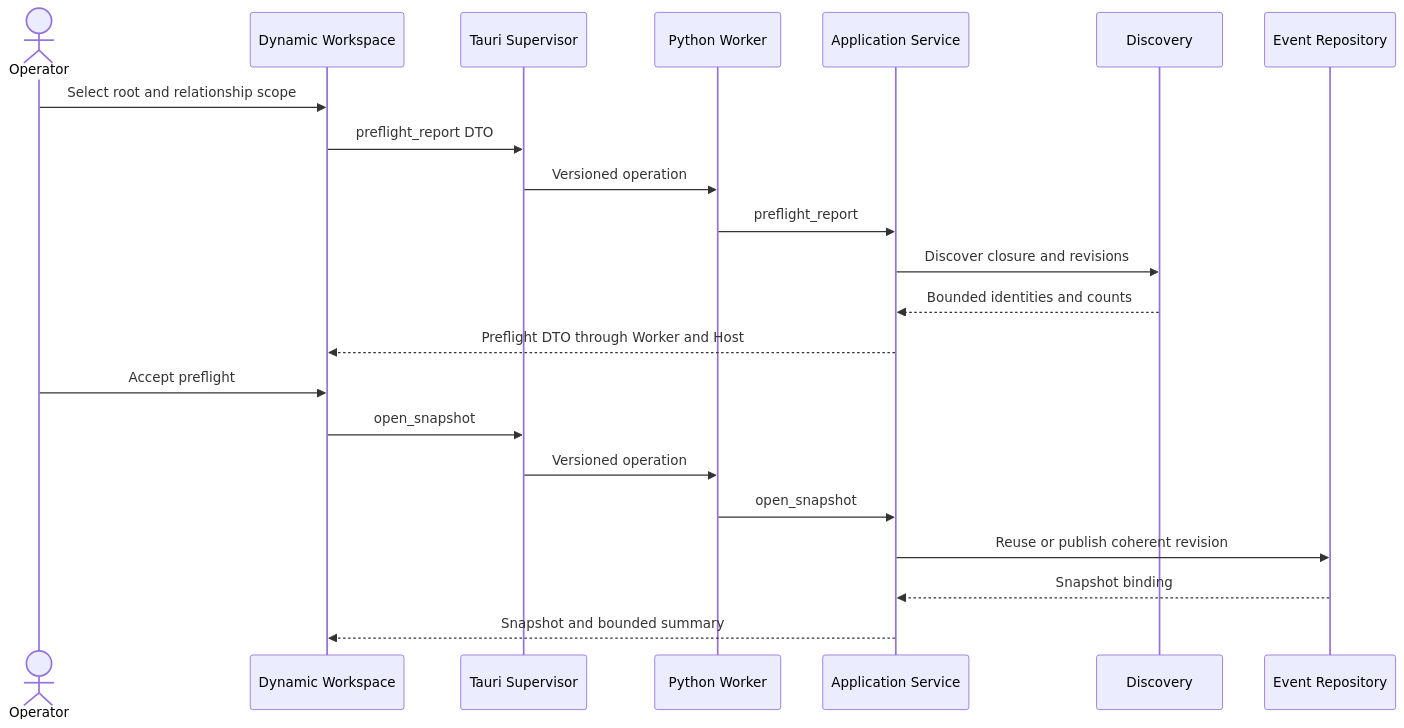
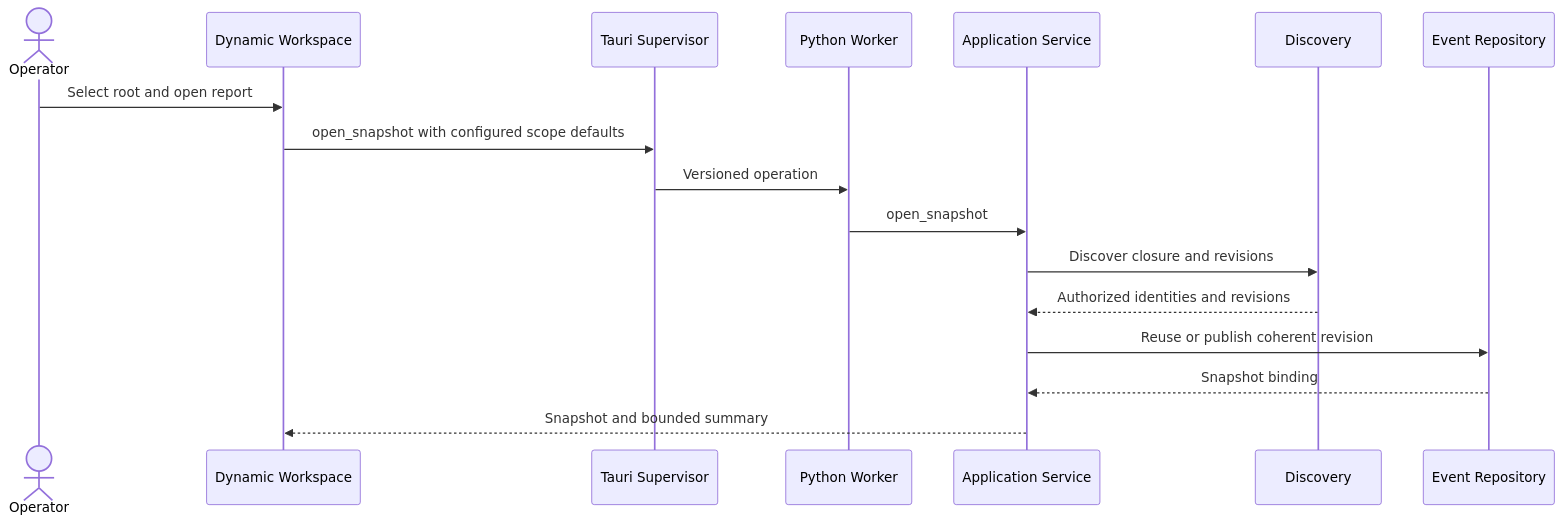
One commit to martinbechard/agent-runner changed the fourth of 10 diagrams in docs/design/high-level/HLD-003-agent-report-dynamic-app-and-static-export.md. Above: the diagram before and after it, drawn with Mermaid. The commit also changed other lines of this file and 214 other files, not shown here.

````diff
--- a/docs/design/high-level/HLD-003-agent-report-dynamic-app-and-static-export.md
+++ b/docs/design/high-level/HLD-003-agent-report-dynamic-app-and-static-export.md
@@ -371,24 +374,19 @@
 ```mermaid
 sequenceDiagram
   actor Operator
   participant UI as Dynamic Workspace
   participant Host as Tauri Supervisor
   participant Worker as Python Worker
   participant Service as Application Service
   participant Discovery
   participant Repo as Event Repository
-  Operator->>UI: Select root and relationship scope
-  UI->>Host: preflight_report DTO
-  Host->>Worker: Versioned operation
-  Worker->>Service: preflight_report
-  Service->>Discovery: Discover closure and revisions
-  Discovery-->>Service: Bounded identities and counts
-  Service-->>UI: Preflight DTO through Worker and Host
-  Operator->>UI: Accept preflight
-  UI->>Host: open_snapshot
+  Operator->>UI: Select root and open report
+  UI->>Host: open_snapshot with configured scope defaults
   Host->>Worker: Versioned operation
   Worker->>Service: open_snapshot
+  Service->>Discovery: Discover closure and revisions
+  Discovery-->>Service: Authorized identities and revisions
   Service->>Repo: Reuse or publish coherent revision
   Repo-->>Service: Snapshot binding
   Service-->>UI: Snapshot and bounded summary
 ```
````
